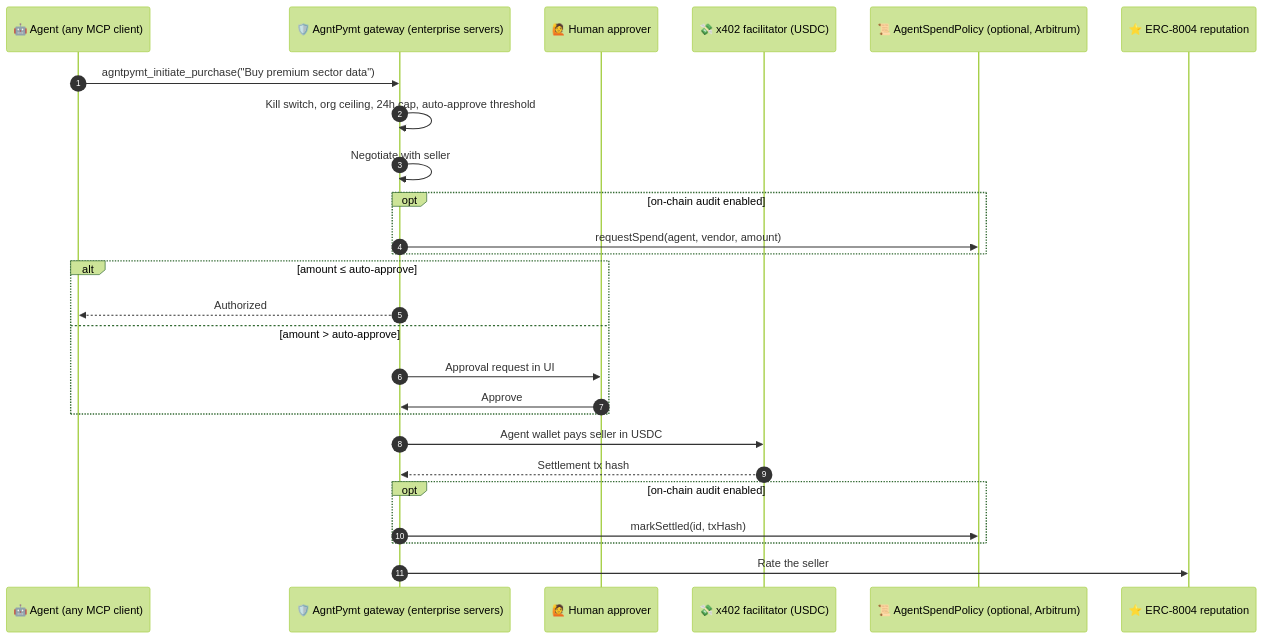
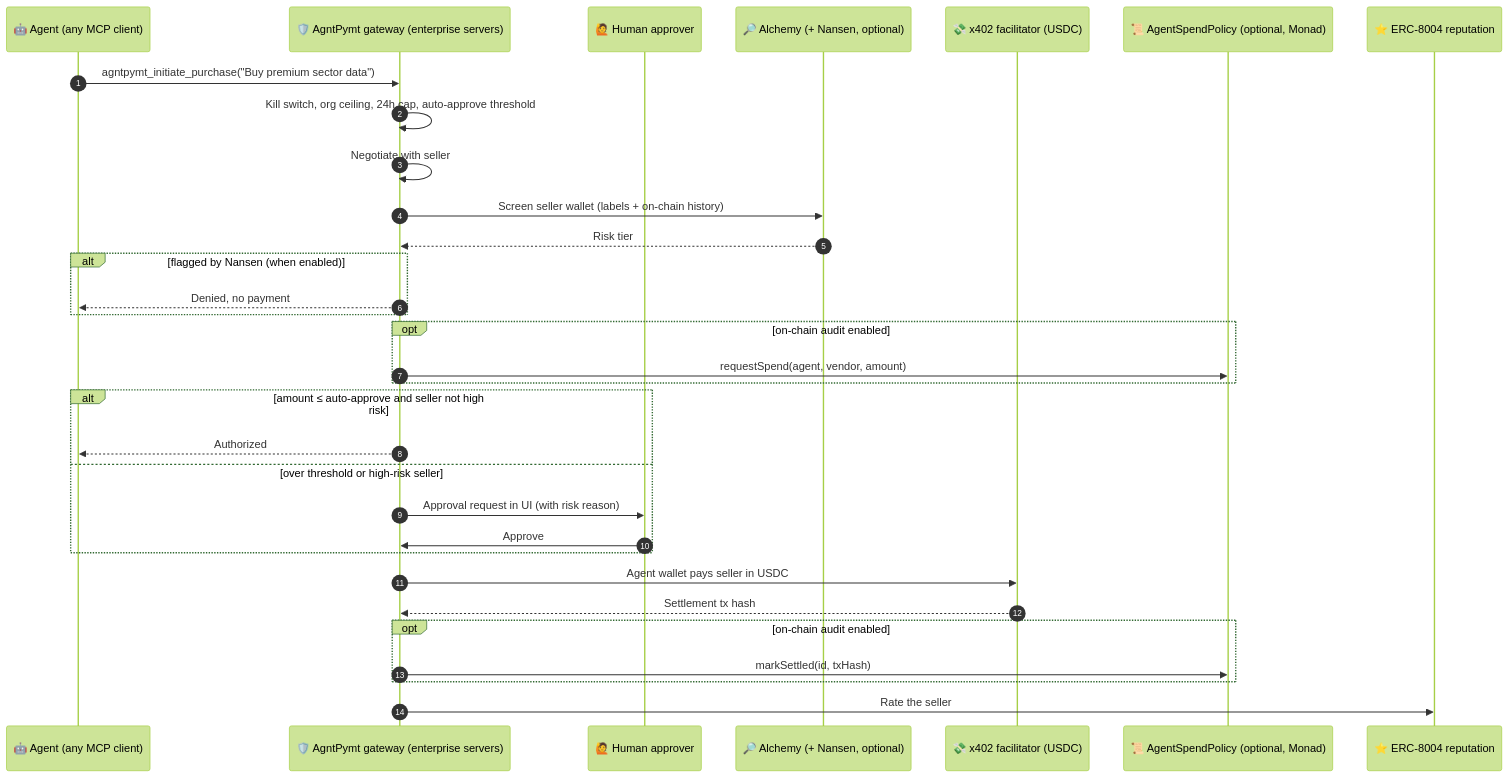
Before and after one commit to SumitShinde0702/agntpymt-monad: the diagram in README.md, drawn with Mermaid (forest theme). The commit also changed other lines of this file and 34 other files, not shown here.

````diff
--- a/README.md
+++ b/README.md
@@ -93,29 +110,35 @@
 ```mermaid
 sequenceDiagram
     autonumber
     participant A as 🤖 Agent (any MCP client)
     participant P as 🛡️ AgntPymt gateway (enterprise servers)
     participant H as 🙋 Human approver
+    participant N as 🔎 Alchemy (+ Nansen, optional)
     participant X as 💸 x402 facilitator (USDC)
-    participant C as 📜 AgentSpendPolicy (optional, Arbitrum)
+    participant C as 📜 AgentSpendPolicy (optional, Monad)
     participant R as ⭐ ERC-8004 reputation
 
     A->>P: agntpymt_initiate_purchase("Buy premium sector data")
     P->>P: Kill switch, org ceiling, 24h cap, auto-approve threshold
     P->>P: Negotiate with seller
+    P->>N: Screen seller wallet (labels + on-chain history)
+    N-->>P: Risk tier
+    alt flagged by Nansen (when enabled)
+        P-->>A: Denied, no payment
+    end
     opt on-chain audit enabled
         P->>C: requestSpend(agent, vendor, amount)
     end
-    alt amount ≤ auto-approve
+    alt amount ≤ auto-approve and seller not high risk
         P-->>A: Authorized
-    else amount > auto-approve
-        P->>H: Approval request in UI
+    else over threshold or high-risk seller
+        P->>H: Approval request in UI (with risk reason)
         H->>P: Approve
     end
     P->>X: Agent wallet pays seller in USDC
     X-->>P: Settlement tx hash
     opt on-chain audit enabled
         P->>C: markSettled(id, txHash)
     end
     P->>R: Rate the seller
 ```
````
